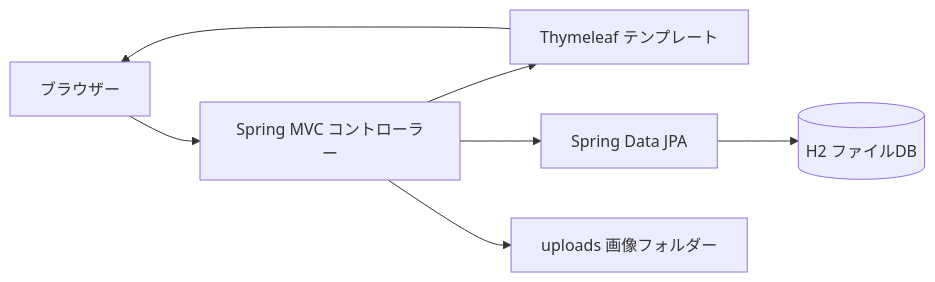
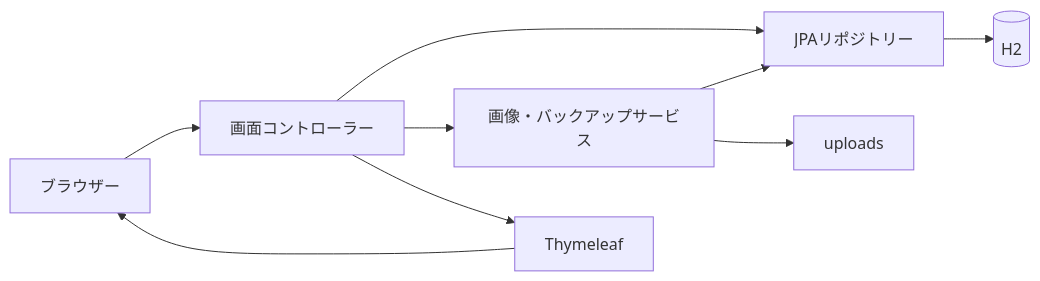
The first of 2 diagrams in character-manager/docs/基本設計書.md (TennisAbe/AbeYoshihiro), drawn with Mermaid before and after one commit. The commit also changed other lines of this file and 23 other files, not shown here.

````diff
--- a/character-manager/docs/基本設計書.md
+++ b/character-manager/docs/基本設計書.md
@@ -34,9 +24,11 @@
 ```mermaid
 flowchart LR
-    Browser[ブラウザー] --> Controller[Spring MVC コントローラー]
-    Controller --> View[Thymeleaf テンプレート]
-    View --> Browser
-    Controller --> Repository[Spring Data JPA]
-    Repository --> DB[(H2 ファイルDB)]
-    Controller --> Images[uploads 画像フォルダー]
+    Browser[ブラウザー] --> Controllers[画面コントローラー]
+    Controllers --> Repository[JPAリポジトリー]
+    Repository --> DB[(H2)]
+    Controllers --> Services[画像・バックアップサービス]
+    Services --> Repository
+    Services --> Files[uploads]
+    Controllers --> Templates[Thymeleaf]
+    Templates --> Browser
 ```
````
